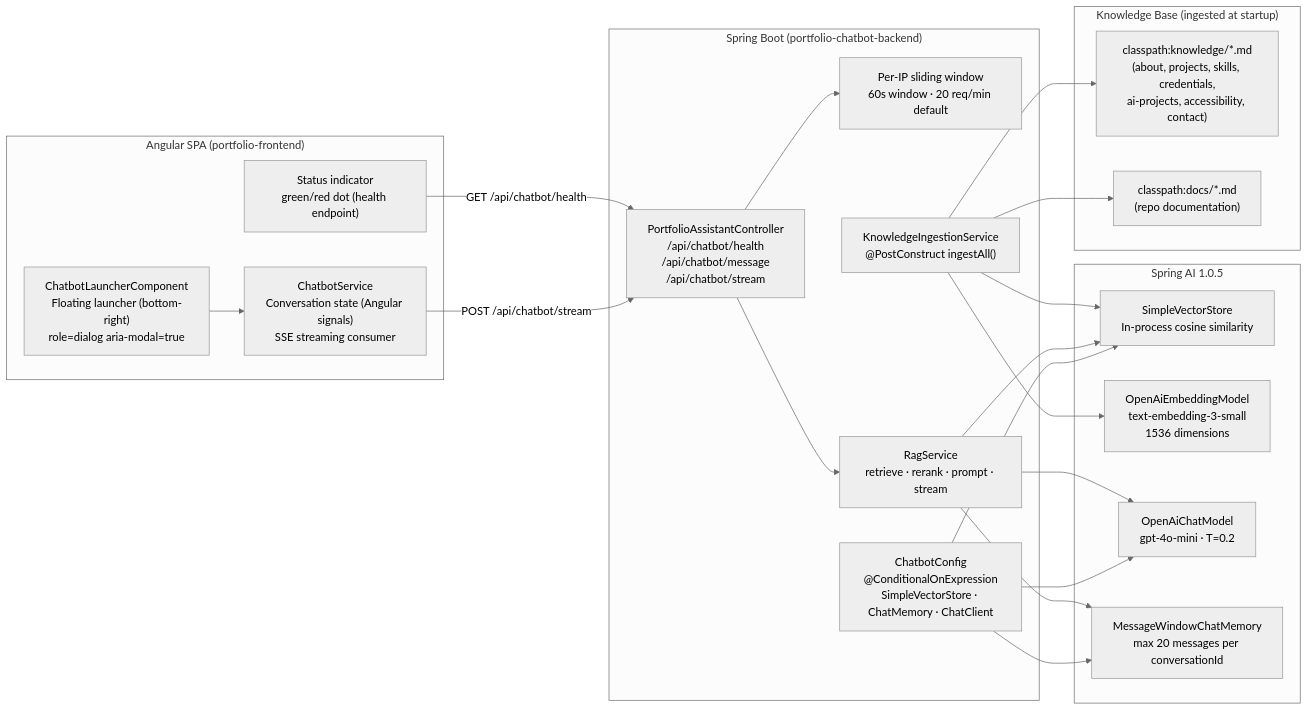
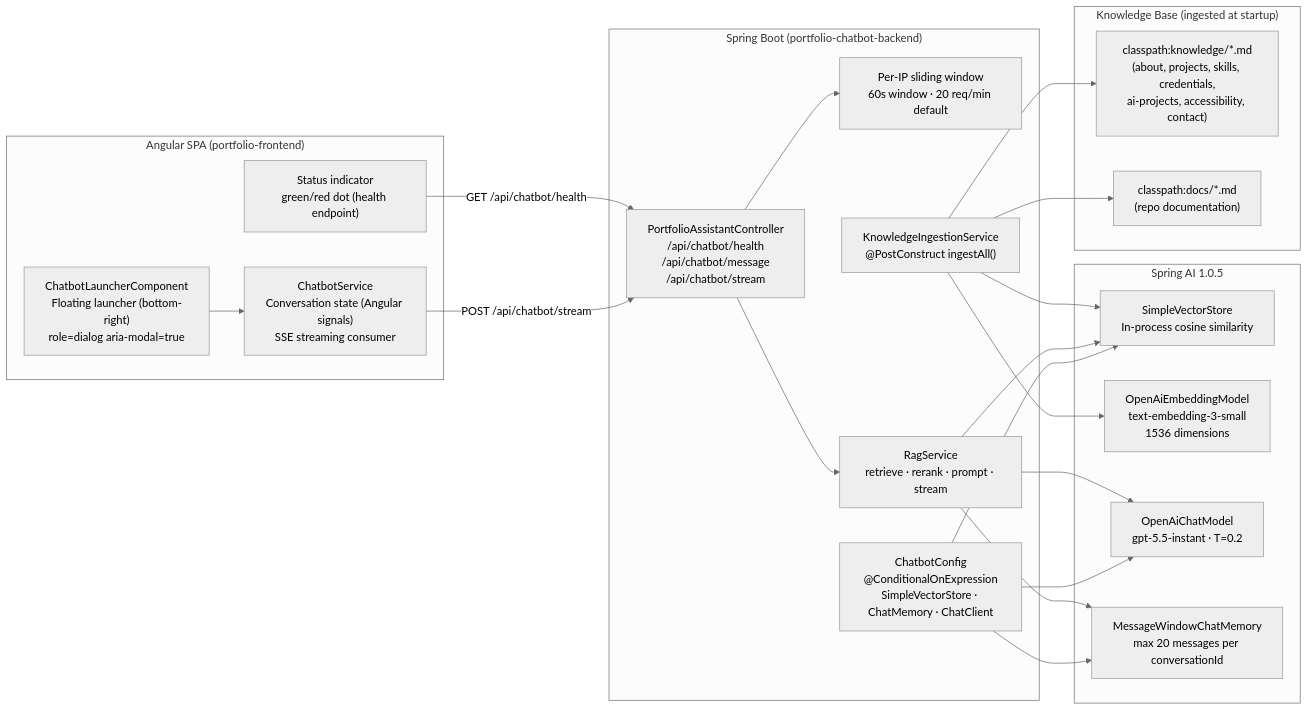
The fifth of 16 diagrams in docs/ARCHITECTURE.md (clark22134/MyPortfolioWebsite), drawn with Mermaid (neutral theme) before and after one commit. The commit also changed other lines of this file and 25 other files, not shown here.

Commit message:
Code coverage, broken docs links, gpt-5.5-instant for chatbot

````diff
--- a/docs/ARCHITECTURE.md
+++ b/docs/ARCHITECTURE.md
@@ -234,44 +234,44 @@
 ```mermaid
 graph LR
     subgraph Frontend["Angular SPA (portfolio-frontend)"]
         ChatbotLauncher["ChatbotLauncherComponent<br/>Floating launcher (bottom-right)<br/>role=dialog aria-modal=true"]
         ChatbotSvc["ChatbotService<br/>Conversation state (Angular signals)<br/>SSE streaming consumer"]
         HealthIndicator["Status indicator<br/>green/red dot (health endpoint)"]
     end
 
     subgraph Backend["Spring Boot (portfolio-chatbot-backend)"]
         Controller["PortfolioAssistantController<br/>/api/chatbot/health<br/>/api/chatbot/message<br/>/api/chatbot/stream"]
         RateLimiter["Per-IP sliding window<br/>60s window · 20 req/min default"]
         RagSvc["RagService<br/>retrieve · rerank · prompt · stream"]
         Ingestion["KnowledgeIngestionService<br/>@PostConstruct ingestAll()"]
         Config["ChatbotConfig<br/>@ConditionalOnExpression<br/>SimpleVectorStore · ChatMemory · ChatClient"]
     end
 
     subgraph KnowledgeBase["Knowledge Base (ingested at startup)"]
         KBMarkdown["classpath:knowledge/*.md<br/>(about, projects, skills, credentials,<br/>ai-projects, accessibility, contact)"]
         KBDocs["classpath:docs/*.md<br/>(repo documentation)"]
     end
 
     subgraph AI["Spring AI 1.0.5"]
         VectorStore["SimpleVectorStore<br/>In-process cosine similarity"]
         EmbedModel["OpenAiEmbeddingModel<br/>text-embedding-3-small<br/>1536 dimensions"]
-        ChatModel["OpenAiChatModel<br/>gpt-4o-mini · T=0.2"]
+        ChatModel["OpenAiChatModel<br/>gpt-5.5-instant · T=0.2"]
         Memory["MessageWindowChatMemory<br/>max 20 messages per conversationId"]
     end
 
     ChatbotLauncher --> ChatbotSvc
     ChatbotSvc -->|POST /api/chatbot/stream| Controller
     HealthIndicator -->|GET /api/chatbot/health| Controller
 
     Controller --> RateLimiter
     Controller --> RagSvc
     Config --> VectorStore & Memory & ChatModel
 
     RagSvc --> VectorStore
     RagSvc --> Memory
     RagSvc --> ChatModel
 
     Ingestion --> KBMarkdown & KBDocs
     Ingestion --> EmbedModel
     Ingestion --> VectorStore
 ```
````
